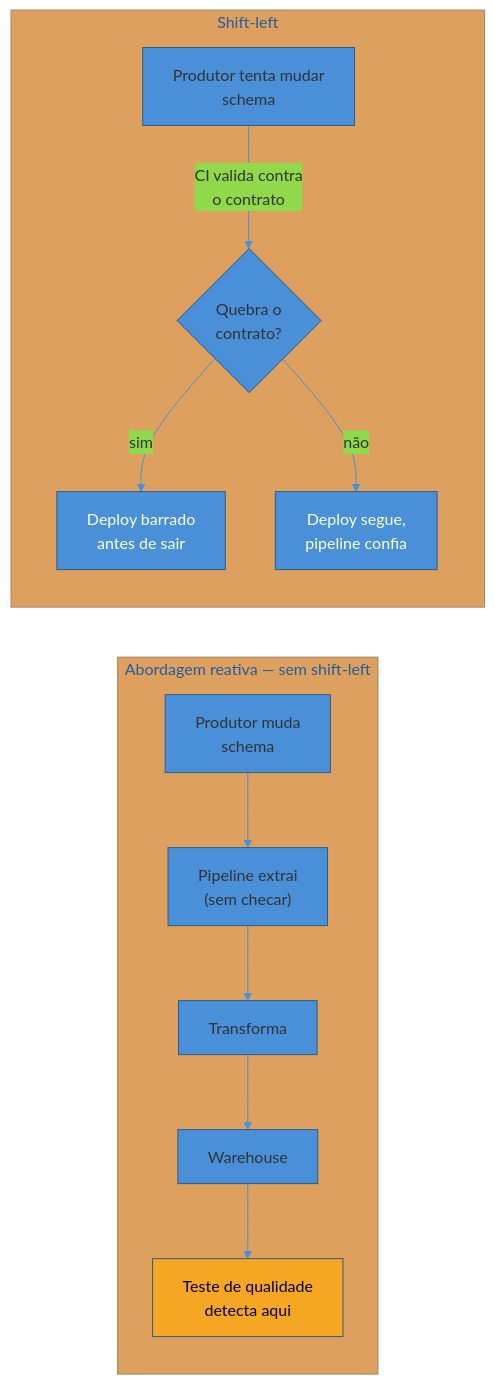
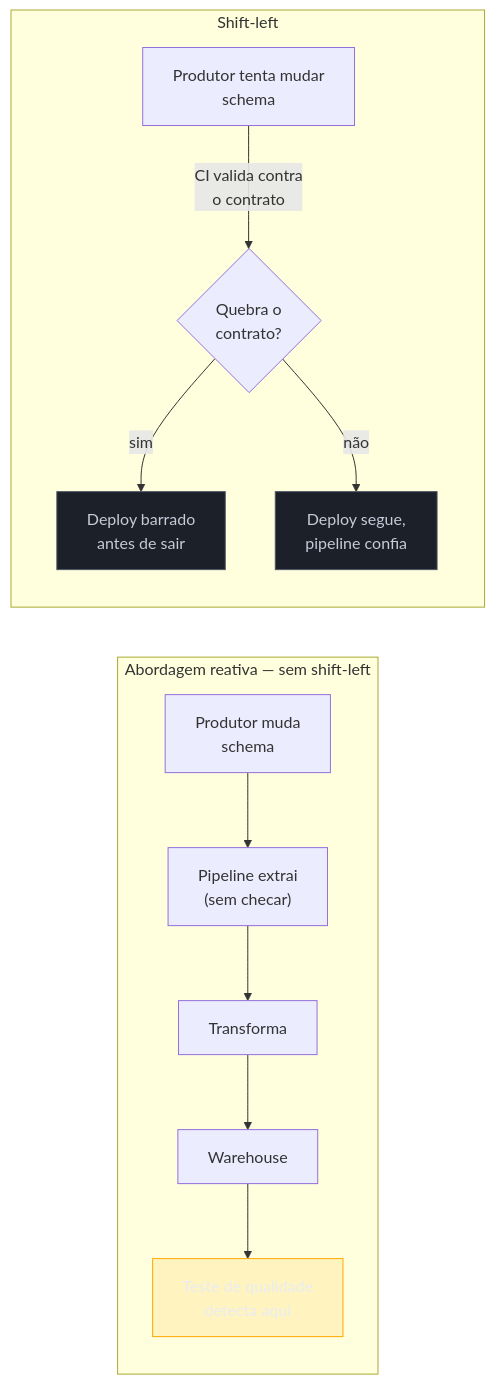
One commit to josenaldo/codex-technomanticus changed the diagram in 03-Dominios/Engenharia/Dados/4 - Qualidade, governança e organização/02 - Data contracts e schema evolution.md. Above: the diagram before and after it, drawn with Mermaid. The commit also changed 1181 other files, not shown here.

First line of the commit message:
fix(diagramas): paleta do sistema no lugar de cor cravada no markdown

````diff
--- a/03-Dominios/Engenharia/Dados/4 - Qualidade, governança e organização/02 - Data contracts e schema evolution.md
+++ b/03-Dominios/Engenharia/Dados/4 - Qualidade, governança e organização/02 - Data contracts e schema evolution.md
@@ -70,17 +70,18 @@
 ```mermaid
-%%{init: {"theme": "base", "themeVariables": {"primaryColor": "#4A90D9", "primaryBorderColor": "#2E5C8A", "lineColor": "#4A90D9"}}}%%
 graph LR
+    classDef destaque fill:#FFAA0024,stroke:#FFAA00,color:#E9ECF2
+    classDef neutro fill:#1B2029,stroke:#4E5666,color:#C6CCD8
     subgraph Reativo["Abordagem reativa — sem shift-left"]
         A1["Produtor muda<br/>schema"] --> A2["Pipeline extrai<br/>(sem checar)"] --> A3["Transforma"] --> A4["Warehouse"] --> A5["Teste de qualidade<br/>detecta aqui"]
     end
 
     subgraph ShiftLeft["Shift-left"]
         B1["Produtor tenta mudar<br/>schema"] -->|"CI valida contra<br/>o contrato"| B2{"Quebra o<br/>contrato?"}
         B2 -->|"sim"| B3["Deploy barrado<br/>antes de sair"]
         B2 -->|"não"| B4["Deploy segue,<br/>pipeline confia"]
     end
 
-    style A5 fill:#F5A623,color:#000
-    style B3 fill:#4A90D9,color:#fff
-    style B4 fill:#4A90D9,color:#fff
+    class A5 destaque
+    class B3 neutro
+    class B4 neutro
 ```
````
